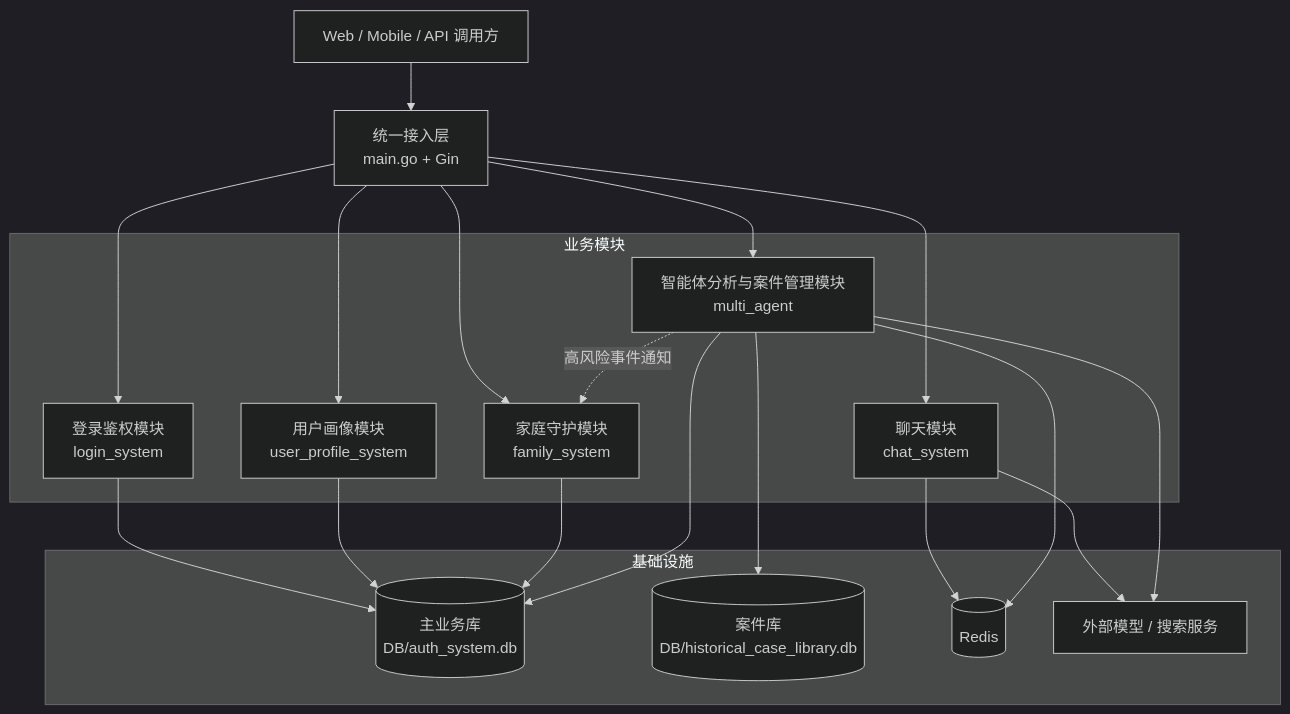
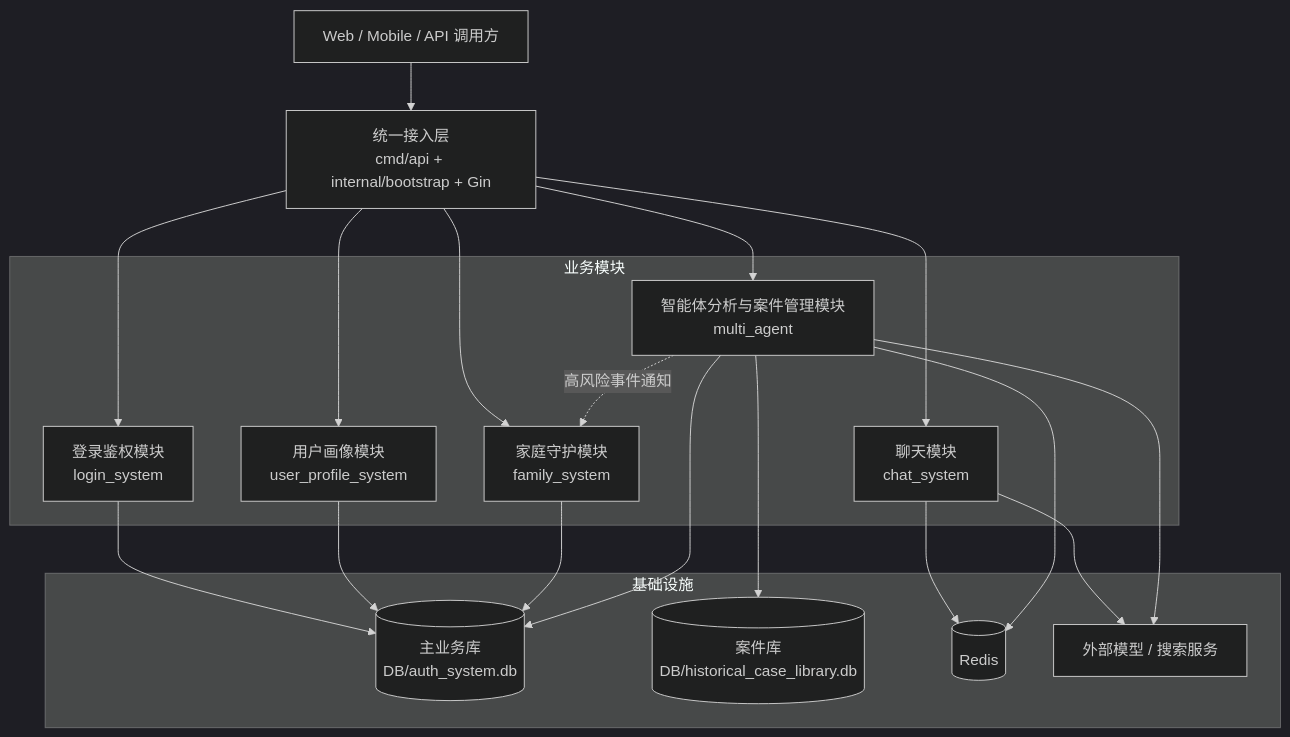
Before and after one commit to Yyzfddsdf/AntiFraud-AI-Assistant: the first of 2 diagrams in README.md, drawn with Mermaid (dark theme). The commit also changed other lines of this file and 292 other files, not shown here.

````diff
--- a/README.md
+++ b/README.md
@@ -126,39 +140,39 @@
 ```mermaid
 flowchart TB
     USER[Web / Mobile / API 调用方]
-    API[统一接入层<br/>main.go + Gin]
+    API[统一接入层<br/>cmd/api + internal/bootstrap + Gin]
 
     subgraph Modules["业务模块"]
         LOGIN[登录鉴权模块<br/>login_system]
         PROFILE[用户画像模块<br/>user_profile_system]
         FAMILY[家庭守护模块<br/>family_system]
         CHAT[聊天模块<br/>chat_system]
         AGENTSYS[智能体分析与案件管理模块<br/>multi_agent]
     end
 
     subgraph Infra["基础设施"]
         MAINDB[(主业务库<br/>DB/auth_system.db)]
         HISTDB[(案件库<br/>DB/historical_case_library.db)]
         REDIS[(Redis)]
         EXT[外部模型 / 搜索服务]
     end
 
     USER --> API
     API --> LOGIN
     API --> PROFILE
     API --> FAMILY
     API --> CHAT
     API --> AGENTSYS
 
     LOGIN --> MAINDB
     PROFILE --> MAINDB
     FAMILY --> MAINDB
     CHAT --> REDIS
     CHAT --> EXT
     AGENTSYS --> MAINDB
     AGENTSYS --> HISTDB
     AGENTSYS --> REDIS
     AGENTSYS --> EXT
 
     AGENTSYS -. 高风险事件通知 .-> FAMILY
 ```
````
